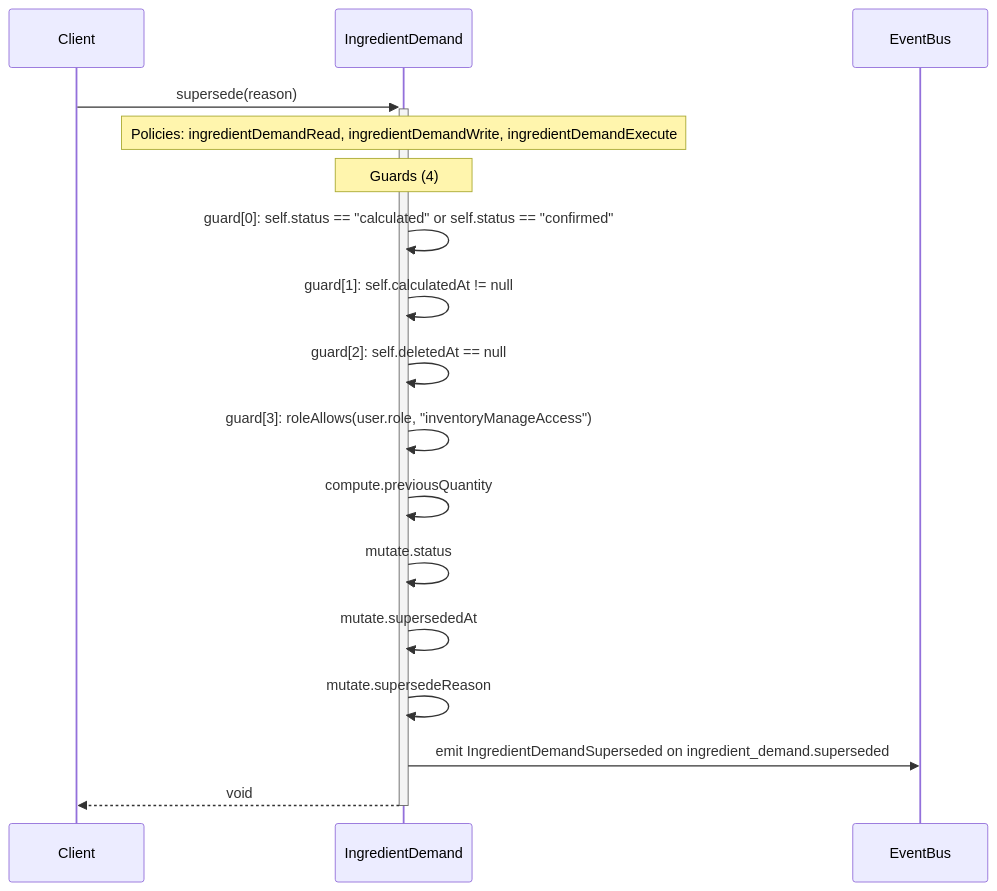
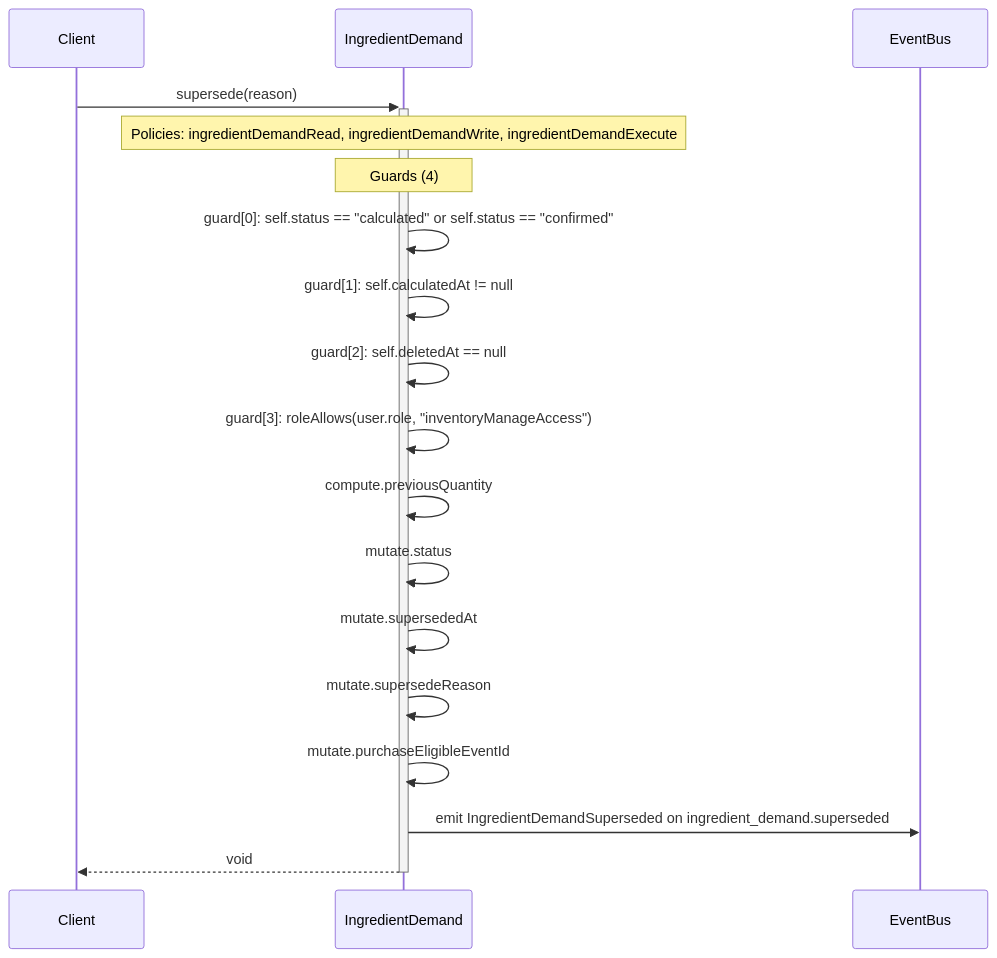
The diagram in diagrams/sequence-IngredientDemand-supersede.mmd (Angriff36/capsule), drawn with Mermaid before and after one commit. The commit also changed 32 other files, not shown here.

```diff
--- a/diagrams/sequence-IngredientDemand-supersede.mmd
+++ b/diagrams/sequence-IngredientDemand-supersede.mmd
@@ -1,17 +1,18 @@
 sequenceDiagram
     participant Client
     participant IngredientDemand as IngredientDemand
     participant EventBus
     Client->>+IngredientDemand: supersede(reason)
     Note over IngredientDemand: Policies: ingredientDemandRead, ingredientDemandWrite, ingredientDemandExecute
     Note over IngredientDemand: Guards (4)
     IngredientDemand->>IngredientDemand: guard[0]: self.status == #quot;calculated#quot; or self.status == #quot;confirmed#quot;
     IngredientDemand->>IngredientDemand: guard[1]: self.calculatedAt != null
     IngredientDemand->>IngredientDemand: guard[2]: self.deletedAt == null
     IngredientDemand->>IngredientDemand: guard[3]: roleAllows(user.role, #quot;inventoryManageAccess#quot;)
     IngredientDemand->>IngredientDemand: compute.previousQuantity
     IngredientDemand->>IngredientDemand: mutate.status
     IngredientDemand->>IngredientDemand: mutate.supersededAt
     IngredientDemand->>IngredientDemand: mutate.supersedeReason
+    IngredientDemand->>IngredientDemand: mutate.purchaseEligibleEventId
     IngredientDemand->>EventBus: emit IngredientDemandSuperseded on ingredient_demand.superseded
     IngredientDemand-->>-Client: void
```
